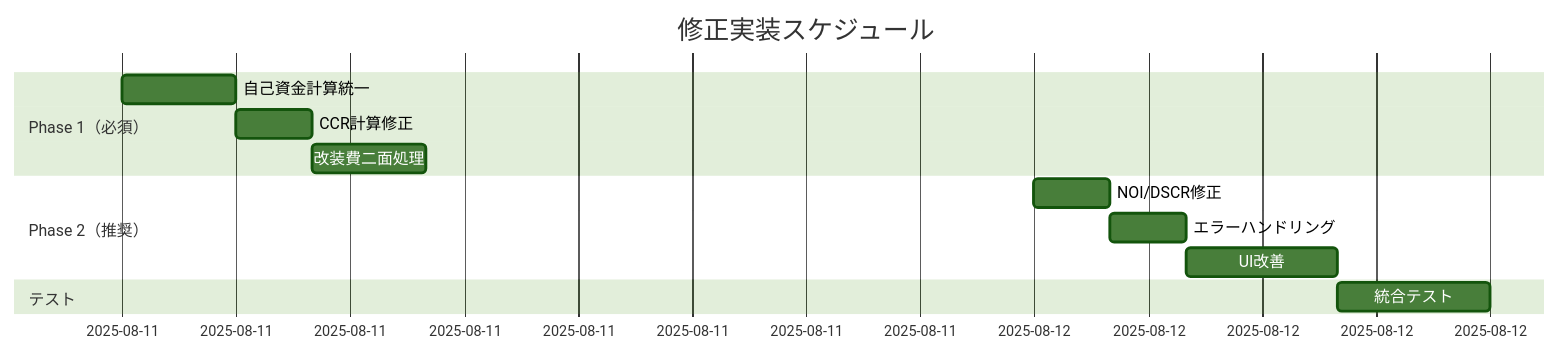
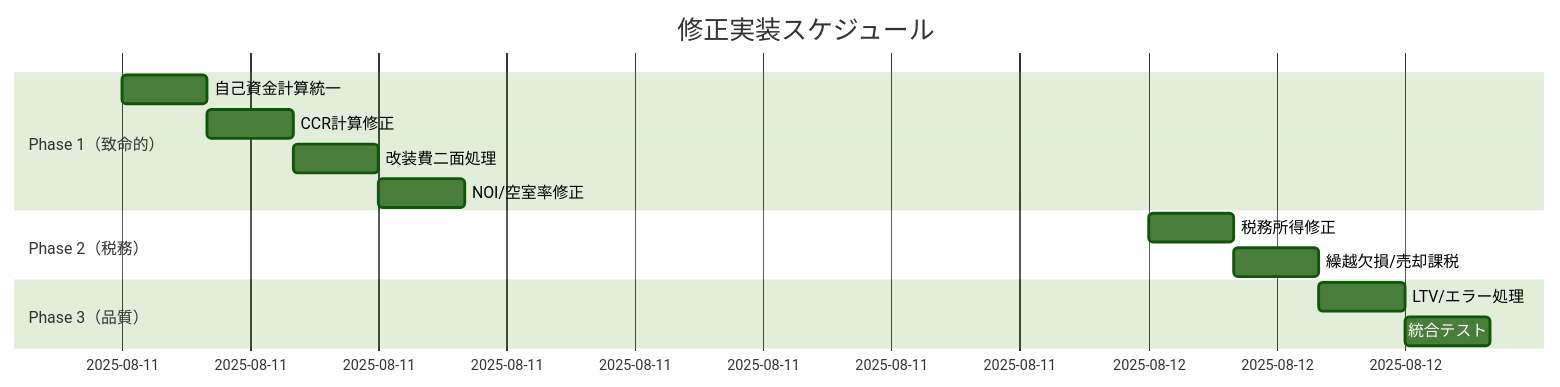
The diagram in docs_md/08_シナリオテスト/CCR自己資金計算バグ_課題管理表.md (startup-test-test/real-estate-app), drawn with Mermaid (forest theme) before and after one commit. The commit also changed other lines of this file, not shown here.

````diff
--- a/docs_md/08_シナリオテスト/CCR自己資金計算バグ_課題管理表.md
+++ b/docs_md/08_シナリオテスト/CCR自己資金計算バグ_課題管理表.md
@@ -158,15 +259,16 @@
 ```mermaid
 gantt
     title 修正実装スケジュール
     dateFormat YYYY-MM-DD
-    section Phase 1（必須）
-    自己資金計算統一    :a1, 2025-08-11, 3h
+    section Phase 1（致命的）
+    自己資金計算統一    :a1, 2025-08-11, 2h
     CCR計算修正         :a2, after a1, 2h
-    改装費二面処理      :a3, after a2, 3h
-    section Phase 2（推奨）
-    NOI/DSCR修正       :b1, 2025-08-12, 2h
-    エラーハンドリング  :b2, after b1, 2h
-    UI改善             :b3, after b2, 4h
-    section テスト
-    統合テスト         :c1, after b3, 4h
+    改装費二面処理      :a3, after a2, 2h
+    NOI/空室率修正      :a4, after a3, 2h
+    section Phase 2（税務）
+    税務所得修正        :b1, 2025-08-12, 2h
+    繰越欠損/売却課税   :b2, after b1, 2h
+    section Phase 3（品質）
+    LTV/エラー処理     :c1, after b2, 2h
+    統合テスト         :c2, after c1, 2h
 ```
````
